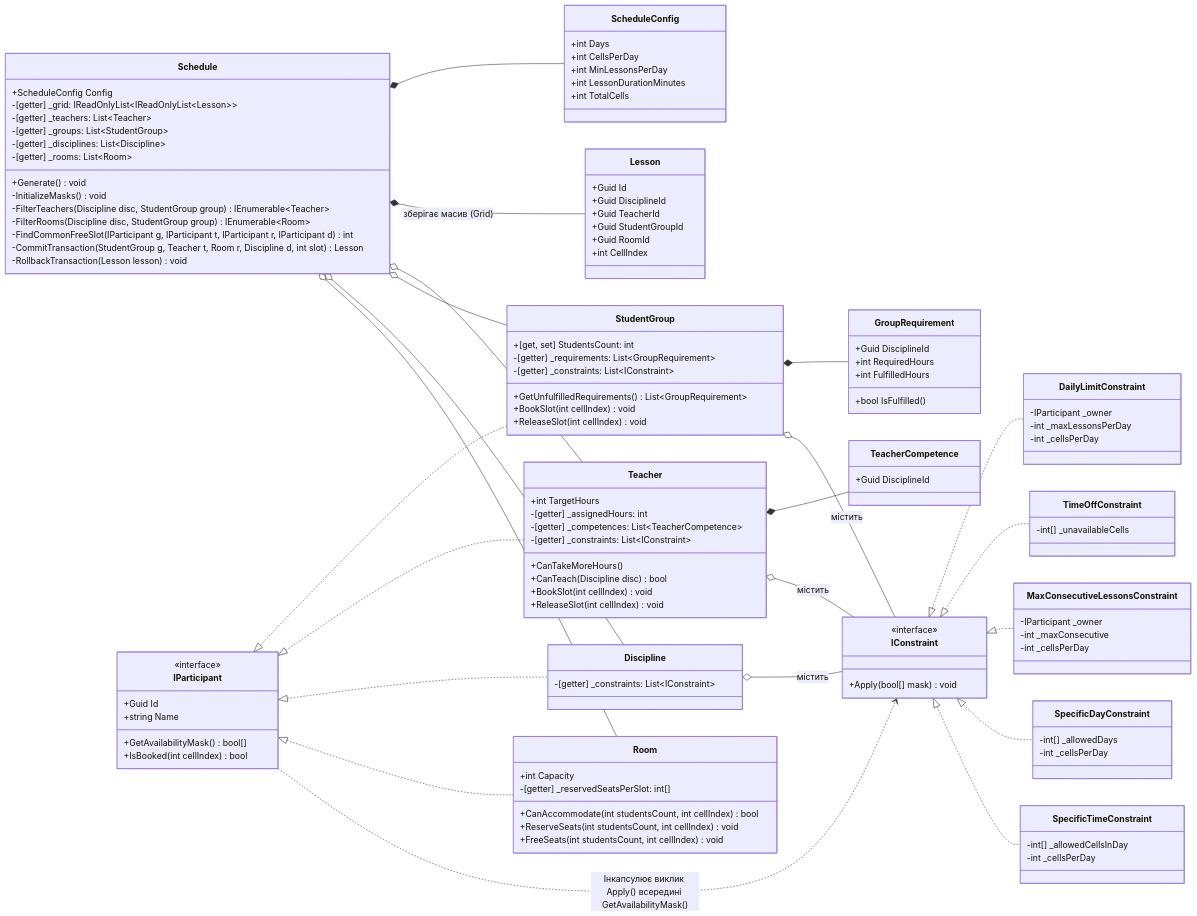
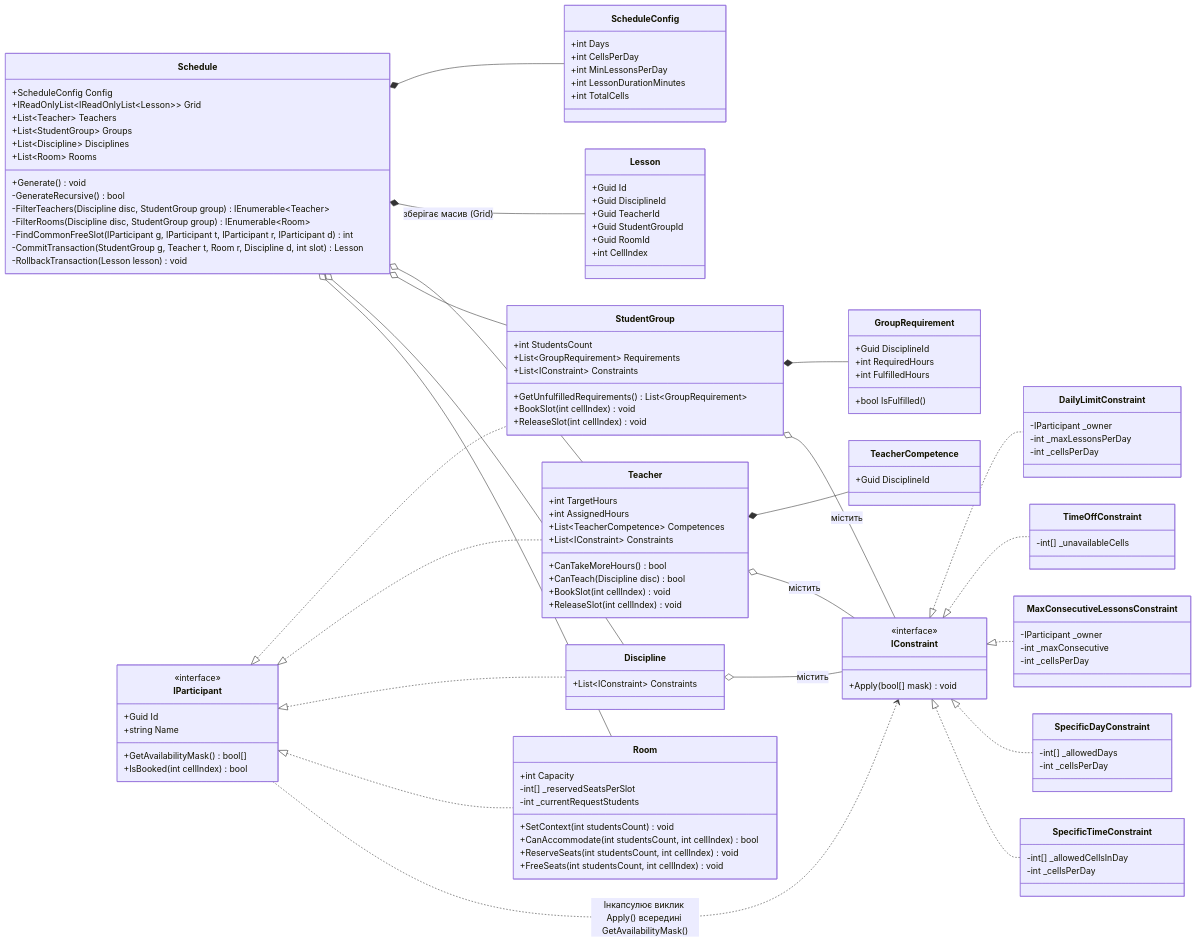
The first of 5 diagrams in README.md (WDYT32/Lab1MAUI), drawn with Mermaid before and after one commit. The commit also changed 5 other files, not shown here.

```diff
--- a/README.md
+++ b/README.md
@@ -30,14 +30,14 @@
 
     class Schedule {
         +ScheduleConfig Config
-        -[getter] _grid: IReadOnlyList~IReadOnlyList~Lesson~~
-        -[getter] _teachers: List~Teacher~
-        -[getter] _groups: List~StudentGroup~
-        -[getter] _disciplines: List~Discipline~
-        -[getter] _rooms: List~Room~
+        +IReadOnlyList~IReadOnlyList~Lesson~~ Grid
+        +List~Teacher~ Teachers
+        +List~StudentGroup~ Groups
+        +List~Discipline~ Disciplines
+        +List~Room~ Rooms
         
         +Generate() void
-        -InitializeMasks() void
+        -GenerateRecursive() bool
         -FilterTeachers(Discipline disc, StudentGroup group) IEnumerable~Teacher~
         -FilterRooms(Discipline disc, StudentGroup group) IEnumerable~Room~
         -FindCommonFreeSlot(IParticipant g, IParticipant t, IParticipant r, IParticipant d) int
@@ -64,9 +64,9 @@
     }
 
     class StudentGroup {
-        +[get, set] StudentsCount: int
-        -[getter] _requirements: List~GroupRequirement~
-        -[getter] _constraints: List~IConstraint~
+        +int StudentsCount
+        +List~GroupRequirement~ Requirements
+        +List~IConstraint~ Constraints
         +GetUnfulfilledRequirements() List~GroupRequirement~
         +BookSlot(int cellIndex) void
         +ReleaseSlot(int cellIndex) void
@@ -74,22 +74,24 @@
 
     class Teacher {
         +int TargetHours
-        -[getter] _assignedHours: int
-        -[getter] _competences: List~TeacherCompetence~
-        -[getter] _constraints: List~IConstraint~
-        +CanTakeMoreHours()
+        +int AssignedHours
+        +List~TeacherCompetence~ Competences
+        +List~IConstraint~ Constraints
+        +CanTakeMoreHours() bool
         +CanTeach(Discipline disc) bool
         +BookSlot(int cellIndex) void
         +ReleaseSlot(int cellIndex) void
     }
 
     class Discipline {
-        -[getter] _constraints: List~IConstraint~
+        +List~IConstraint~ Constraints
     }
 
     class Room {
         +int Capacity
-        -[getter] _reservedSeatsPerSlot: int[]
+        -int[] _reservedSeatsPerSlot
+        -int _currentRequestStudents
+        +SetContext(int studentsCount) void
         +CanAccommodate(int studentsCount, int cellIndex) bool
         +ReserveSeats(int studentsCount, int cellIndex) void
         +FreeSeats(int studentsCount, int cellIndex) void
```
